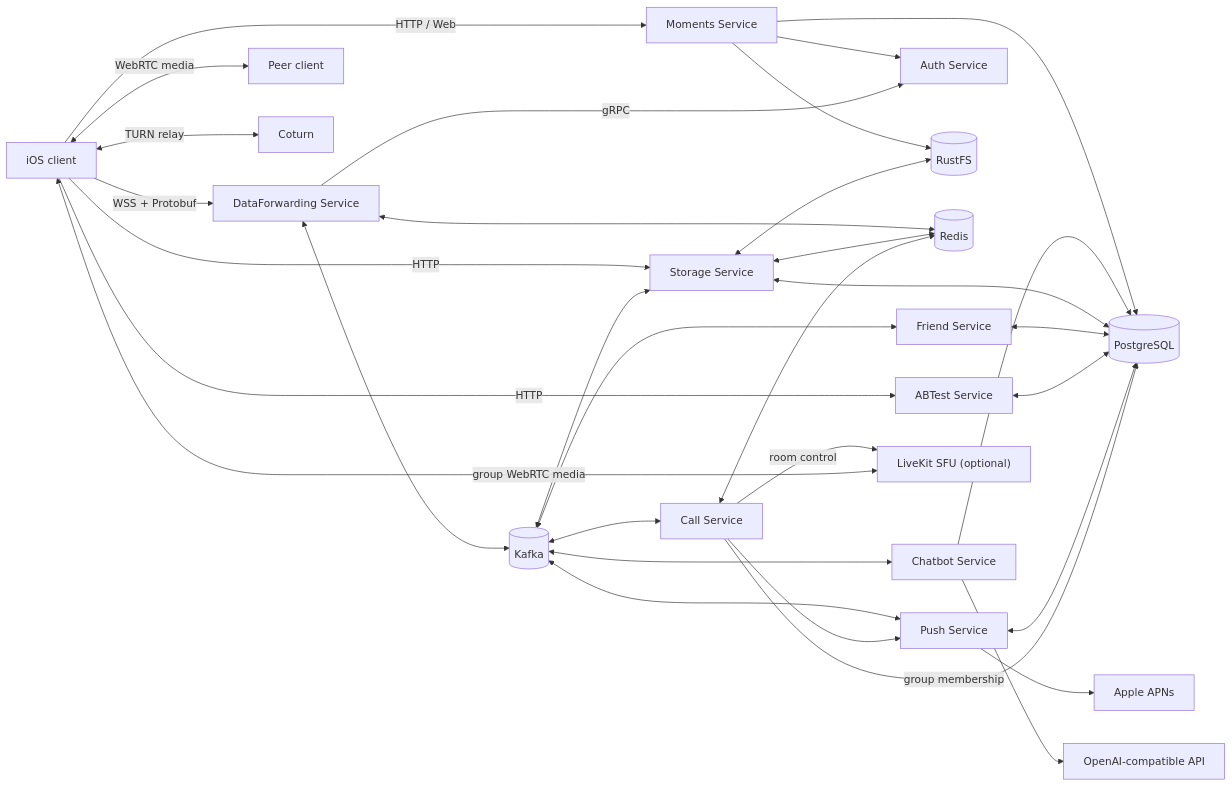
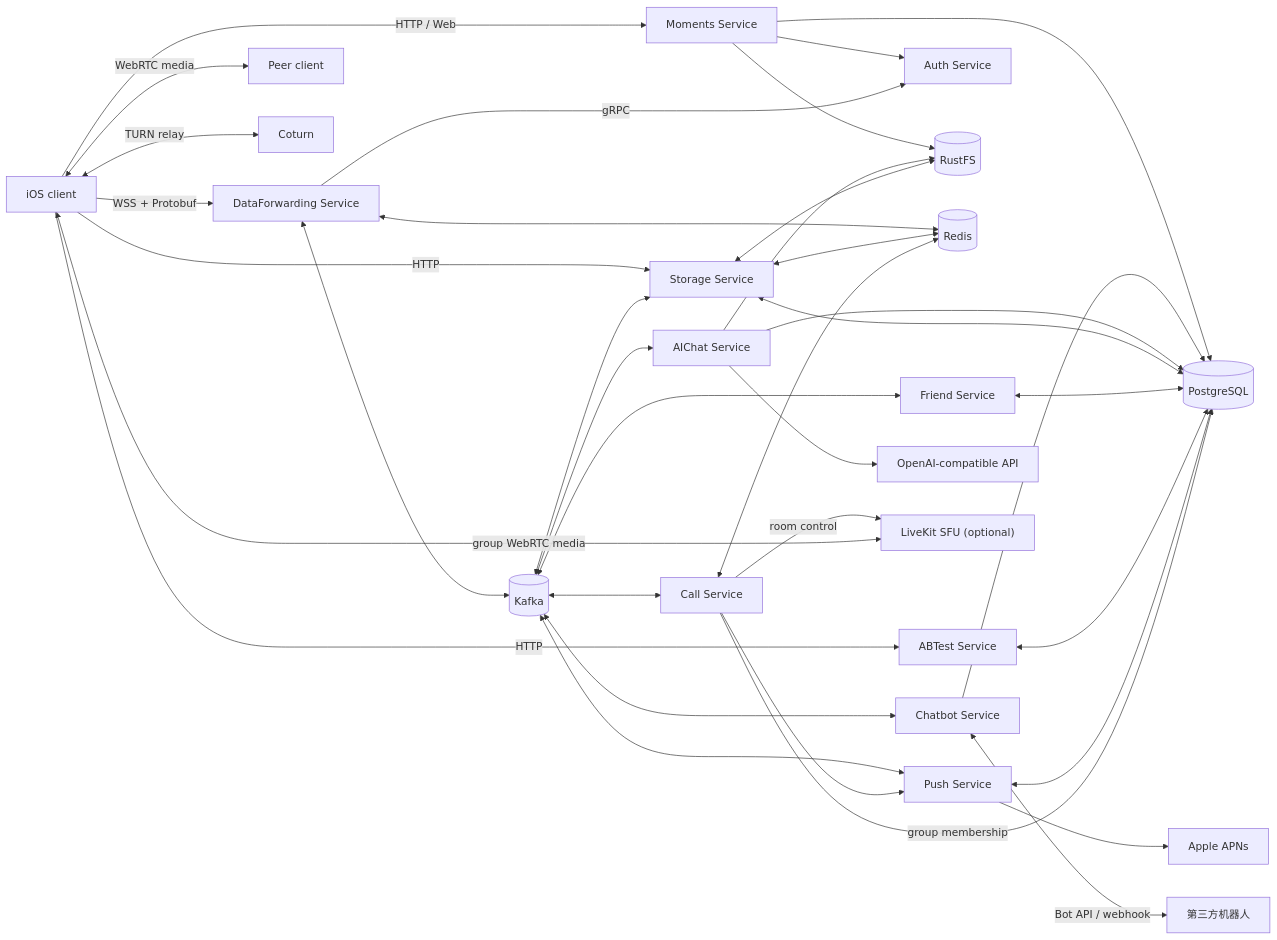
Before and after one commit to Voltline/Betterfly2: the diagram in README.md, drawn with Mermaid. The commit also changed other lines of this file and 11 other files, not shown here.

````diff
--- a/README.md
+++ b/README.md
@@ -32,34 +33,38 @@
 ```mermaid
 flowchart LR
     Client["iOS client"] -->|"WSS + Protobuf"| DF["DataForwarding Service"]
     Client -->|"HTTP"| Storage["Storage Service"]
     Client -->|"HTTP"| AB["ABTest Service"]
     Client -->|"HTTP / Web"| Moments["Moments Service"]
     Moments --> Auth
     Moments --> PG
     Moments --> RustFS
     DF -->|"gRPC"| Auth["Auth Service"]
     DF <--> Redis[(Redis)]
     DF <--> Kafka[(Kafka)]
     Kafka <--> Storage
     Kafka <--> Friend["Friend Service"]
     Kafka <--> Call["Call Service"]
     Kafka <--> Push["Push Service"]
     Kafka <--> Chatbot["Chatbot Service"]
     Chatbot --> PG
-    Chatbot --> LLM["OpenAI-compatible API"]
+    Chatbot <-->|"Bot API / webhook"| Bots["第三方机器人"]
+    Kafka <--> AIChat["AIChat Service"]
+    AIChat --> PG
+    AIChat --> RustFS
+    AIChat --> LLM["OpenAI-compatible API"]
     Storage <--> Redis
     Storage <--> PG[(PostgreSQL)]
     Storage <--> RustFS[(RustFS)]
     Friend <--> PG
     AB <--> PG
     Push <--> PG
     Push --> APNs["Apple APNs"]
     Call <--> Redis
     Call -->|"group membership"| PG
     Call -->|"room control"| SFU["LiveKit SFU (optional)"]
     Client <-->|"group WebRTC media"| SFU
     Call --> Push
     Client <-->|"WebRTC media"| Peer["Peer client"]
     Client <-->|"TURN relay"| Coturn["Coturn"]
 ```
````
